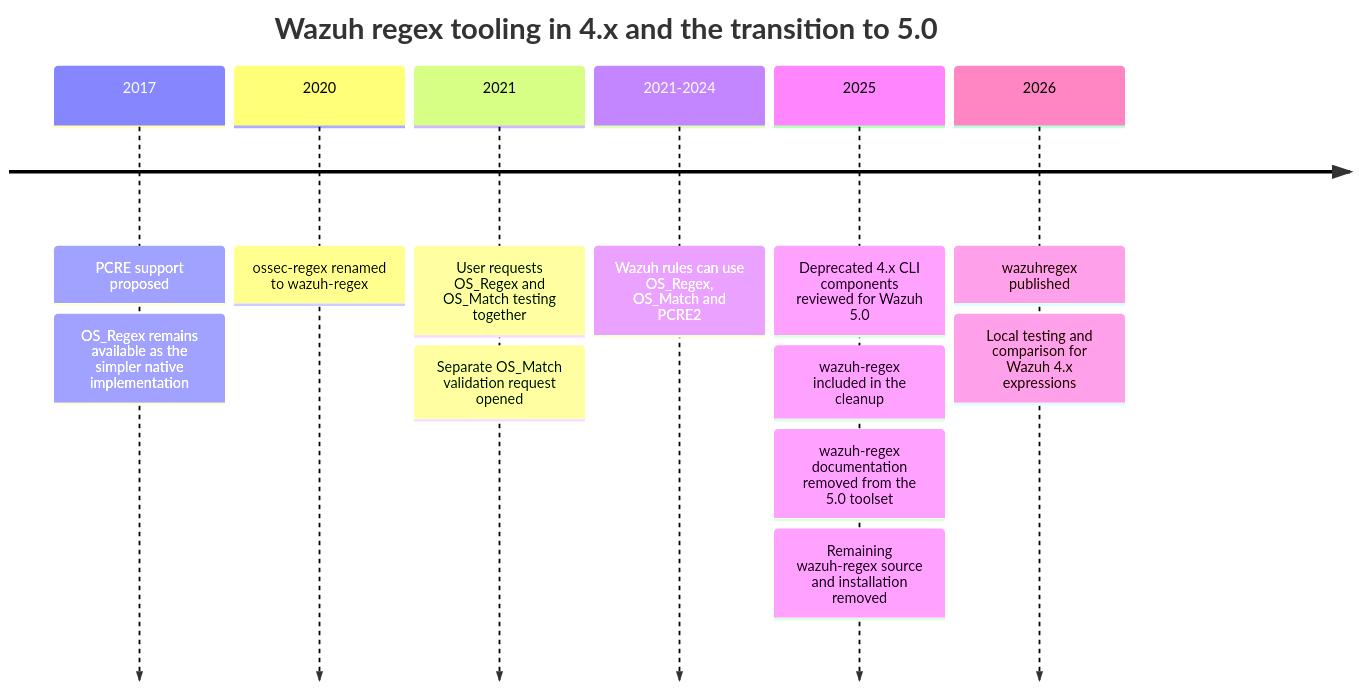
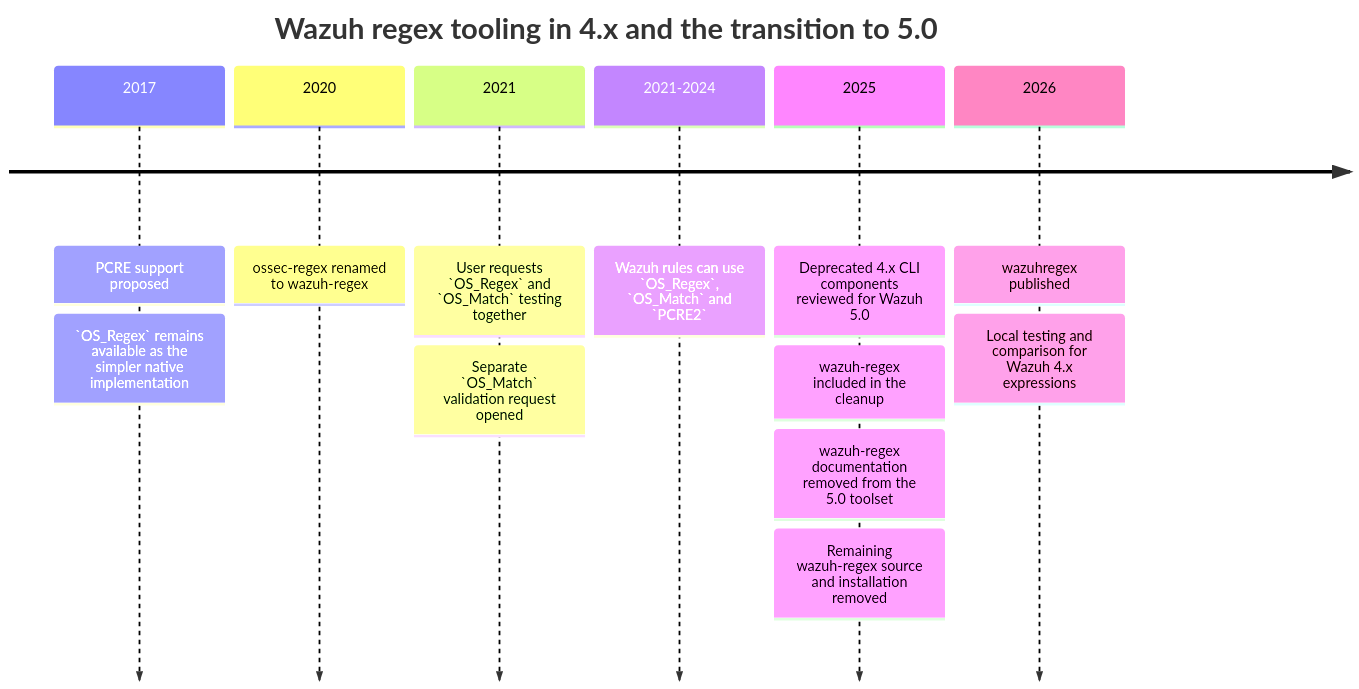
One commit to zbalkan/zbalkan.github.io changed the diagram in _posts/2026-09-03-wazuhregex.md. Above: the diagram before and after it, drawn with Mermaid. The commit also changed other lines of this file, not shown here.

````diff
--- a/_posts/2026-09-03-wazuhregex.md
+++ b/_posts/2026-09-03-wazuhregex.md
@@ -30,22 +30,22 @@
 ```mermaid
 timeline
     title Wazuh regex tooling in 4.x and the transition to 5.0
 
     2017 : PCRE support proposed
-         : OS_Regex remains available as the simpler native implementation
+         : `OS_Regex` remains available as the simpler native implementation
 
     2020 : ossec-regex renamed to wazuh-regex
 
-    2021 : User requests OS_Regex and OS_Match testing together
-         : Separate OS_Match validation request opened
+    2021 : User requests `OS_Regex` and `OS_Match` testing together
+         : Separate `OS_Match` validation request opened
 
-    2021-2024 : Wazuh rules can use OS_Regex, OS_Match and PCRE2
+    2021-2024 : Wazuh rules can use `OS_Regex`, `OS_Match` and `PCRE2`
 
     2025 : Deprecated 4.x CLI components reviewed for Wazuh 5.0
          : wazuh-regex included in the cleanup
          : wazuh-regex documentation removed from the 5.0 toolset
          : Remaining wazuh-regex source and installation removed
 
     2026 : wazuhregex published
          : Local testing and comparison for Wazuh 4.x expressions
 ```
````
